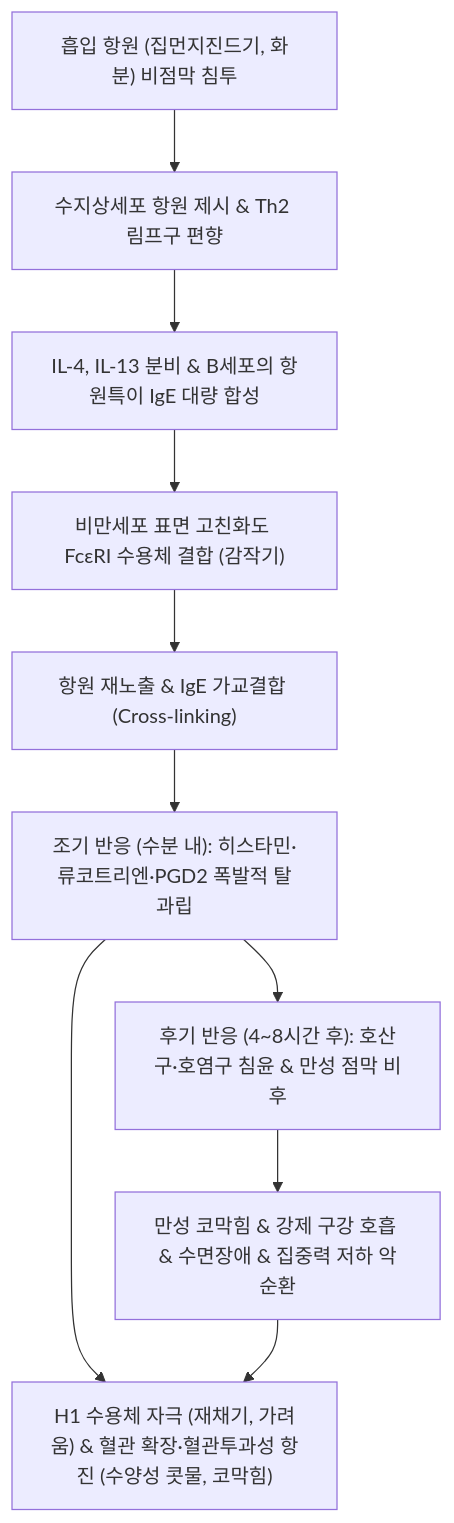
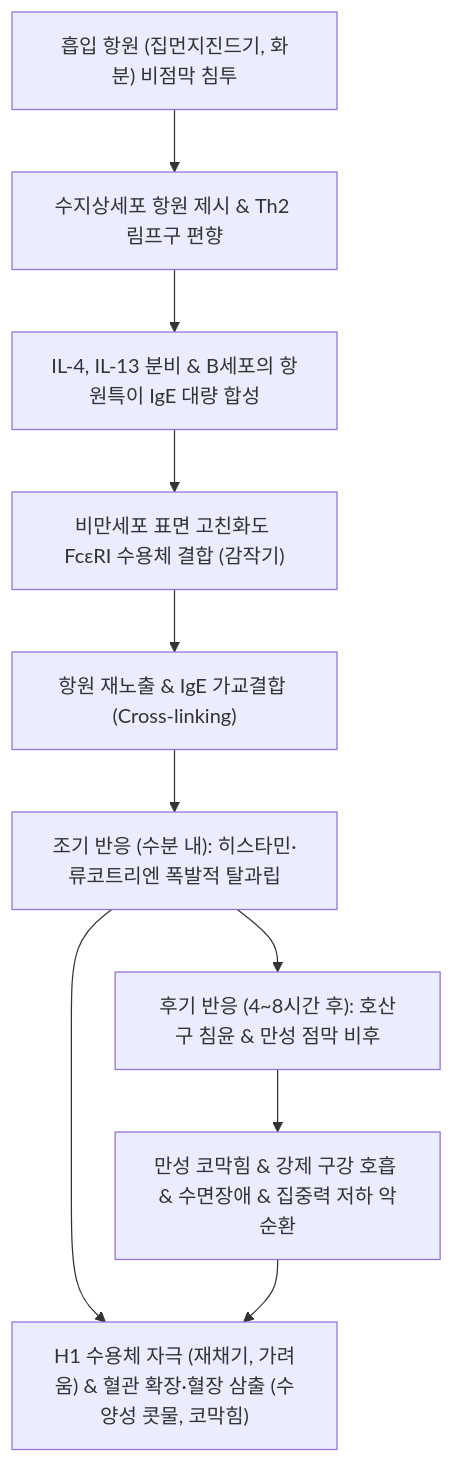
One commit to simbio11/simbio-digital-garden2 changed the diagram in content/3. 이론 공부/질환/호흡기 질환/상기도/비염.md. Above: the diagram before and after it, drawn with Mermaid. The commit also changed other lines of this file and 86 other files, not shown here.

````diff
--- a/content/3. 이론 공부/질환/호흡기 질환/상기도/비염.md
+++ b/content/3. 이론 공부/질환/호흡기 질환/상기도/비염.md
@@ -68,12 +69,12 @@
 ```mermaid
 graph TD
     Allergen["흡입 항원 (집먼지진드기, 화분) 비점막 침투"] --> Th2["수지상세포 항원 제시 & Th2 림프구 편향"]
     Th2 --> IgE["IL-4, IL-13 분비 & B세포의 항원특이 IgE 대량 합성"]
     IgE --> MastSensitization["비만세포 표면 고친화도 FcεRI 수용체 결합 (감작기)"]
     MastSensitization --> Reexposure["항원 재노출 & IgE 가교결합 (Cross-linking)"]
-    Reexposure --> EarlyPhase["조기 반응 (수분 내): 히스타민·류코트리엔·PGD2 폭발적 탈과립"]
-    EarlyPhase --> NeuroVascular["H1 수용체 자극 (재채기, 가려움) & 혈관 확장·혈관투과성 항진 (수양성 콧물, 코막힘)"]
-    EarlyPhase --> LatePhase["후기 반응 (4~8시간 후): 호산구·호염구 침윤 & 만성 점막 비후"]
+    Reexposure --> EarlyPhase["조기 반응 (수분 내): 히스타민·류코트리엔 폭발적 탈과립"]
+    EarlyPhase --> NeuroVascular["H1 수용체 자극 (재채기, 가려움) & 혈관 확장·혈장 삼출 (수양성 콧물, 코막힘)"]
+    EarlyPhase --> LatePhase["후기 반응 (4~8시간 후): 호산구 침윤 & 만성 점막 비후"]
     LatePhase --> MouthBreathing["만성 코막힘 & 강제 구강 호흡 & 수면장애 & 집중력 저하 악순환"]
     MouthBreathing --> NeuroVascular
 ```
````
